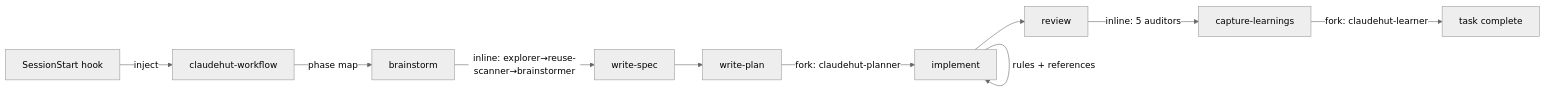
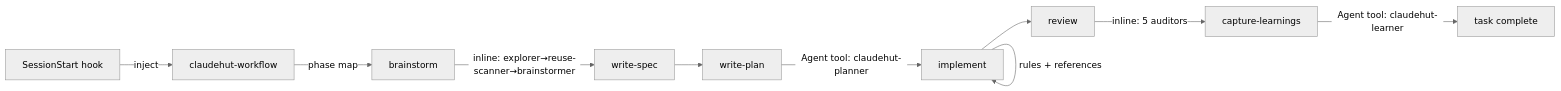
Before and after one commit to taipt1504/claudehut: the diagram in .claude/docs/design/04-skills.md, drawn with Mermaid (neutral theme). The commit also changed other lines of this file and 30 other files, not shown here.

````diff
--- a/.claude/docs/design/04-skills.md
+++ b/.claude/docs/design/04-skills.md
@@ -174,12 +174,12 @@
 ```mermaid
 flowchart LR
     SS[SessionStart hook] -->|inject| WF[claudehut-workflow]
     WF -->|phase map| BS[brainstorm]
     BS -->|inline: explorer→reuse-scanner→brainstormer| SP[write-spec]
     SP --> WP[write-plan]
-    WP -->|fork: claudehut-planner| IM[implement]
+    WP -->|Agent tool: claudehut-planner| IM[implement]
     IM -->|rules + references| IM
     IM --> RV[review]
     RV -->|inline: 5 auditors| CL[capture-learnings]
-    CL -->|fork: claudehut-learner| done[task complete]
+    CL -->|Agent tool: claudehut-learner| done[task complete]
 ```
````
